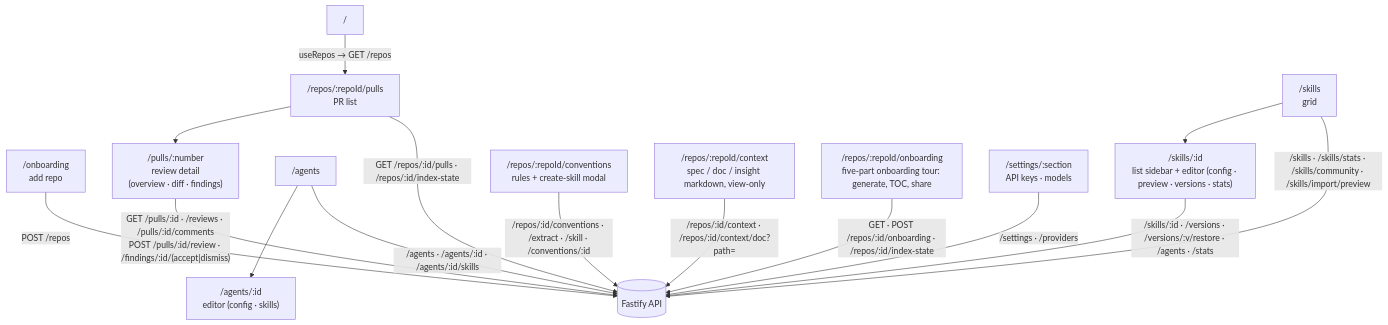
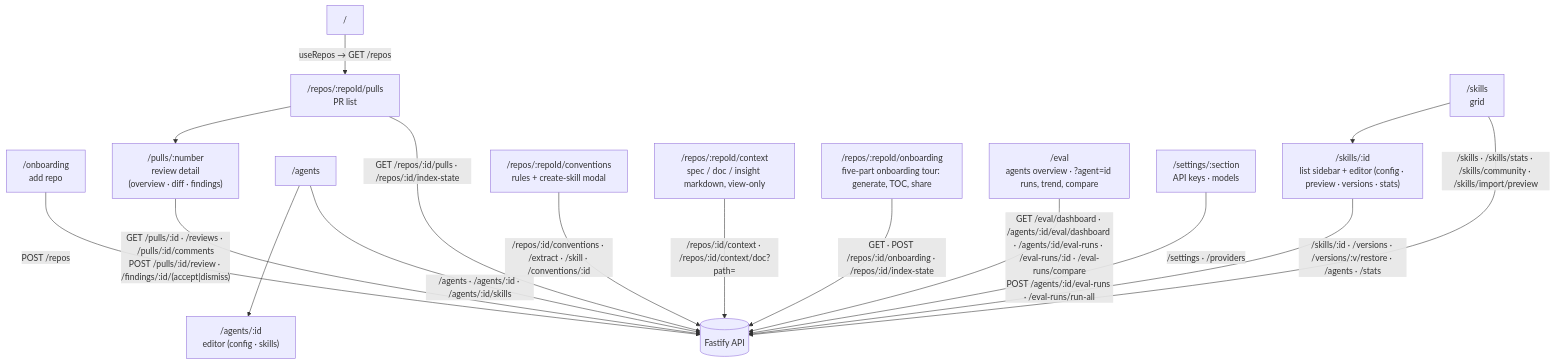
The diagram in client/README.md (podop/dev-digest), drawn with Mermaid before and after one commit. The commit also changed 40 other files, not shown here.

````diff
--- a/client/README.md
+++ b/client/README.md
@@ -25,23 +25,25 @@
 ```mermaid
 flowchart TD
   ROOT["/"] -->|"useRepos → GET /repos"| PULLS["/repos/:repoId/pulls<br/>PR list"]
   ONB["/onboarding<br/>add repo"] -->|"POST /repos"| API[("Fastify API")]
   PULLS --> PR["/pulls/:number<br/>review detail<br/>(overview · diff · findings)"]
 
   AGENTS["/agents"] --> AGENT["/agents/:id<br/>editor (config · skills)"]
   SKILLS["/skills<br/>grid"] --> SKILL["/skills/:id<br/>list sidebar + editor (config · preview · versions · stats)"]
   CONV["/repos/:repoId/conventions<br/>rules + create-skill modal"]
   CTX["/repos/:repoId/context<br/>spec / doc / insight markdown, view-only"]
   TOUR["/repos/:repoId/onboarding<br/>five-part onboarding tour: generate, TOC, share"]
+  EVAL["/eval<br/>agents overview · ?agent=id runs, trend, compare"]
   SETTINGS["/settings/:section<br/>API keys · models"]
 
   PULLS -->|"GET /repos/:id/pulls · /repos/:id/index-state"| API
   PR -->|"GET /pulls/:id · /reviews · /pulls/:id/comments<br/>POST /pulls/:id/review · /findings/:id/(accept|dismiss)"| API
   AGENTS -->|"/agents · /agents/:id · /agents/:id/skills"| API
   SKILLS -->|"/skills · /skills/stats · /skills/community · /skills/import/preview"| API
   SKILL -->|"/skills/:id · /versions · /versions/:v/restore · /agents · /stats"| API
   CONV -->|"/repos/:id/conventions · /extract · /skill · /conventions/:id"| API
   CTX -->|"/repos/:id/context · /repos/:id/context/doc?path="| API
   TOUR -->|"GET · POST /repos/:id/onboarding · /repos/:id/index-state"| API
+  EVAL -->|"GET /eval/dashboard · /agents/:id/eval/dashboard · /agents/:id/eval-runs · /eval-runs/:id · /eval-runs/compare<br/>POST /agents/:id/eval-runs · /eval-runs/run-all"| API
   SETTINGS -->|"/settings · /providers"| API
 ```
````
